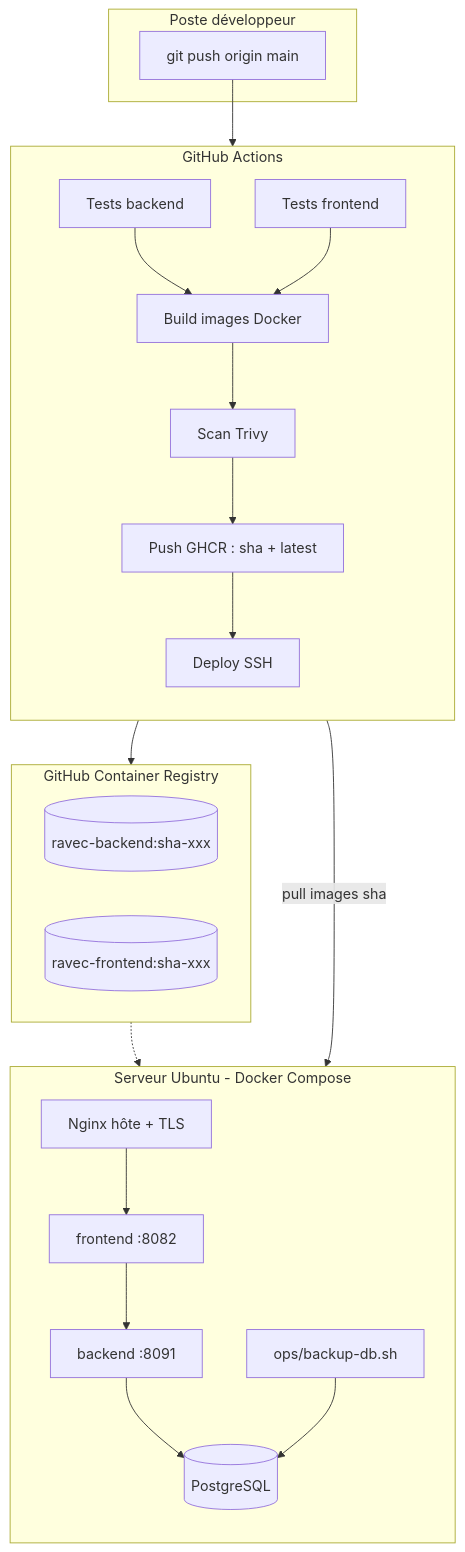
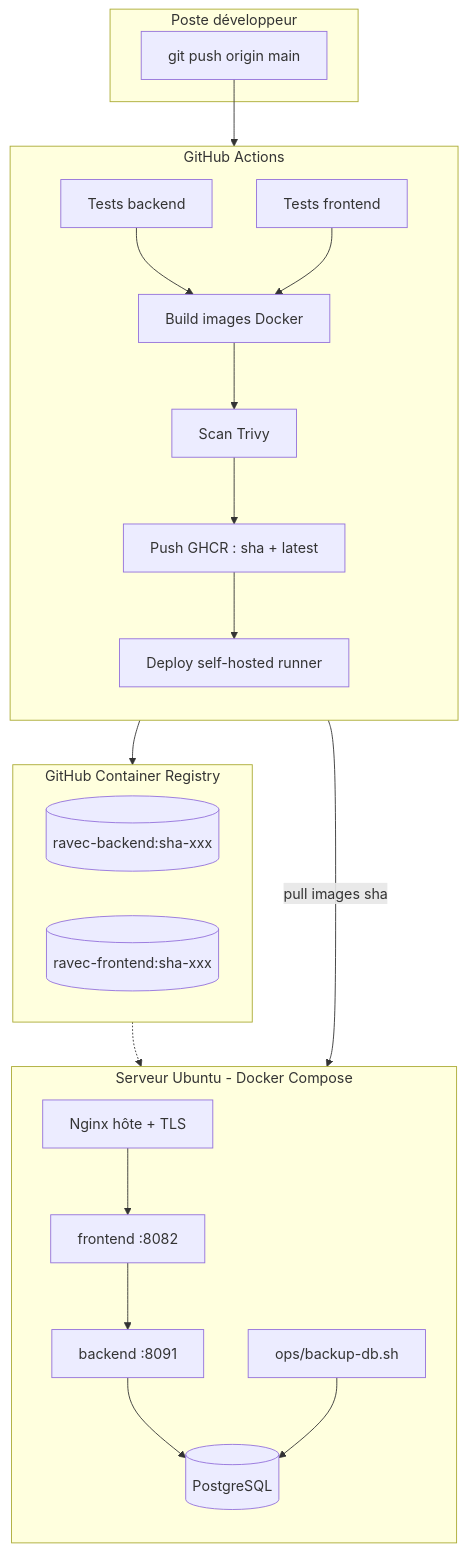
Before and after one commit to lamarana55/Project-numerisation-actes-MMG: the first of 2 diagrams in docs/ARCHITECTURE.md, drawn with Mermaid. The commit also changed 5 other files, not shown here.

First line of the commit message:
ci: déploiement via runner self-hosted (serveur sur réseau privé)

````diff
--- a/docs/ARCHITECTURE.md
+++ b/docs/ARCHITECTURE.md
@@ -9,37 +9,37 @@
 ```mermaid
 flowchart TB
     subgraph Dev[Poste développeur]
       G[git push origin main]
     end
 
     subgraph GHA[GitHub Actions]
       direction TB
       T1[Tests backend]
       T2[Tests frontend]
       B[Build images Docker]
       SC[Scan Trivy]
       P[Push GHCR : sha + latest]
-      D[Deploy SSH]
+      D[Deploy self-hosted runner]
       T1 --> B
       T2 --> B
       B --> SC --> P --> D
     end
 
     subgraph GHCR[GitHub Container Registry]
       IB[(ravec-backend:sha-xxx)]
       IF[(ravec-frontend:sha-xxx)]
     end
 
     subgraph Server[Serveur Ubuntu - Docker Compose]
       direction TB
       N[Nginx hôte + TLS] --> FE[frontend :8082]
       FE --> BE[backend :8091]
       BE --> DB[(PostgreSQL)]
       BK[ops/backup-db.sh] --> DB
     end
 
     G --> GHA
     P --> GHCR
     D -->|pull images sha| Server
     GHCR -.-> Server
 ```
````
